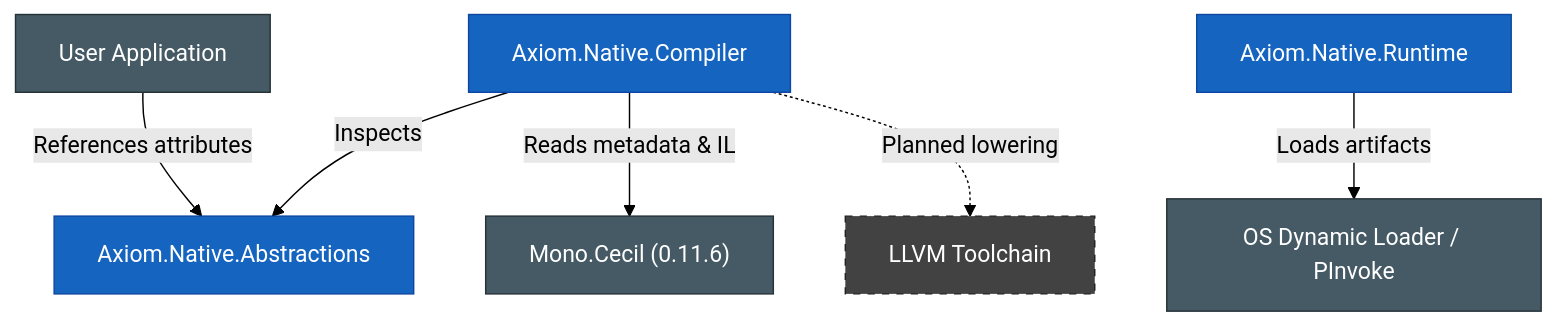
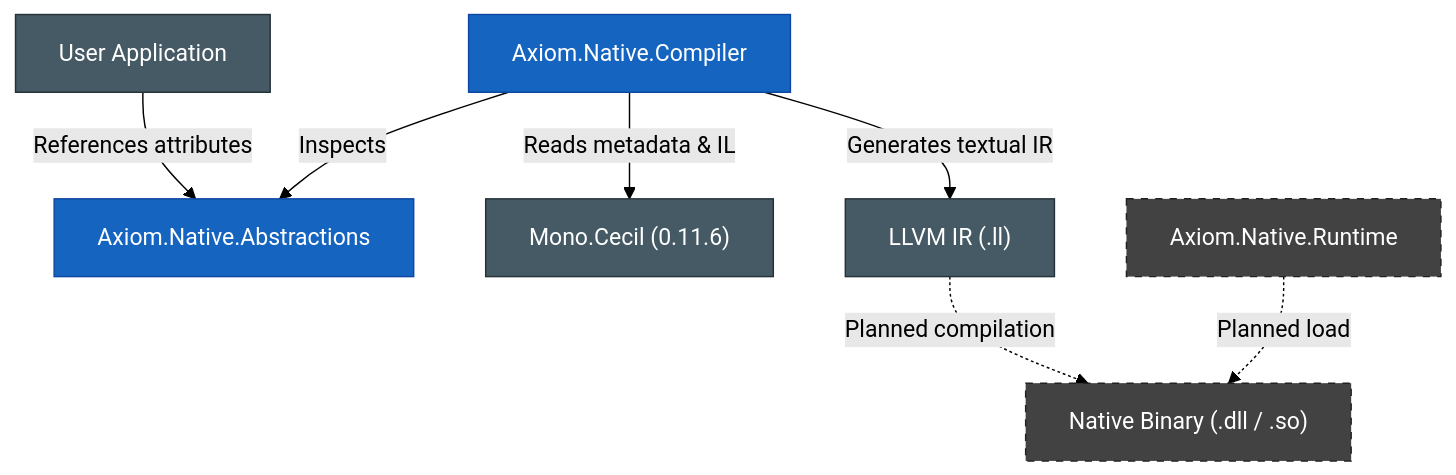
One commit to nyanworkz/Axiom.Native changed the first of 2 diagrams in docs/architecture.md. Above: the diagram before and after it, drawn with Mermaid (forest theme). The commit also changed other lines of this file and 14 other files, not shown here.

````diff
--- a/docs/architecture.md
+++ b/docs/architecture.md
@@ -41,16 +44,17 @@
 ```mermaid
 flowchart TD
     UserApp["User Application"] -->|References attributes| Abstractions["Axiom.Native.Abstractions"]
     Compiler["Axiom.Native.Compiler"] -->|Inspects| Abstractions
     Compiler -->|Reads metadata & IL| Cecil["Mono.Cecil (0.11.6)"]
-    Compiler -.->|Planned lowering| LLVM["LLVM Toolchain"]
-    Runtime["Axiom.Native.Runtime"] -->|Loads artifacts| OS["OS Dynamic Loader / PInvoke"]
+    Compiler -->|Generates textual IR| LlvmIR["LLVM IR (.ll)"]
+    LlvmIR -.->|Planned compilation| NativeBin["Native Binary (.dll / .so)"]
+    Runtime["Axiom.Native.Runtime"] -.->|Planned load| NativeBin
 
     classDef comp fill:#1565c0,stroke:#0d47a1,color:#fff;
     classDef dep fill:#455a64,stroke:#263238,color:#fff;
     classDef planned fill:#424242,stroke:#212121,stroke-dasharray: 5 5,color:#fff;
 
-    class Abstractions,Compiler,Runtime comp;
-    class Cecil,UserApp,OS dep;
-    class LLVM planned;
+    class Abstractions,Compiler comp;
+    class Cecil,UserApp,LlvmIR dep;
+    class NativeBin,Runtime planned;
 ```
````
